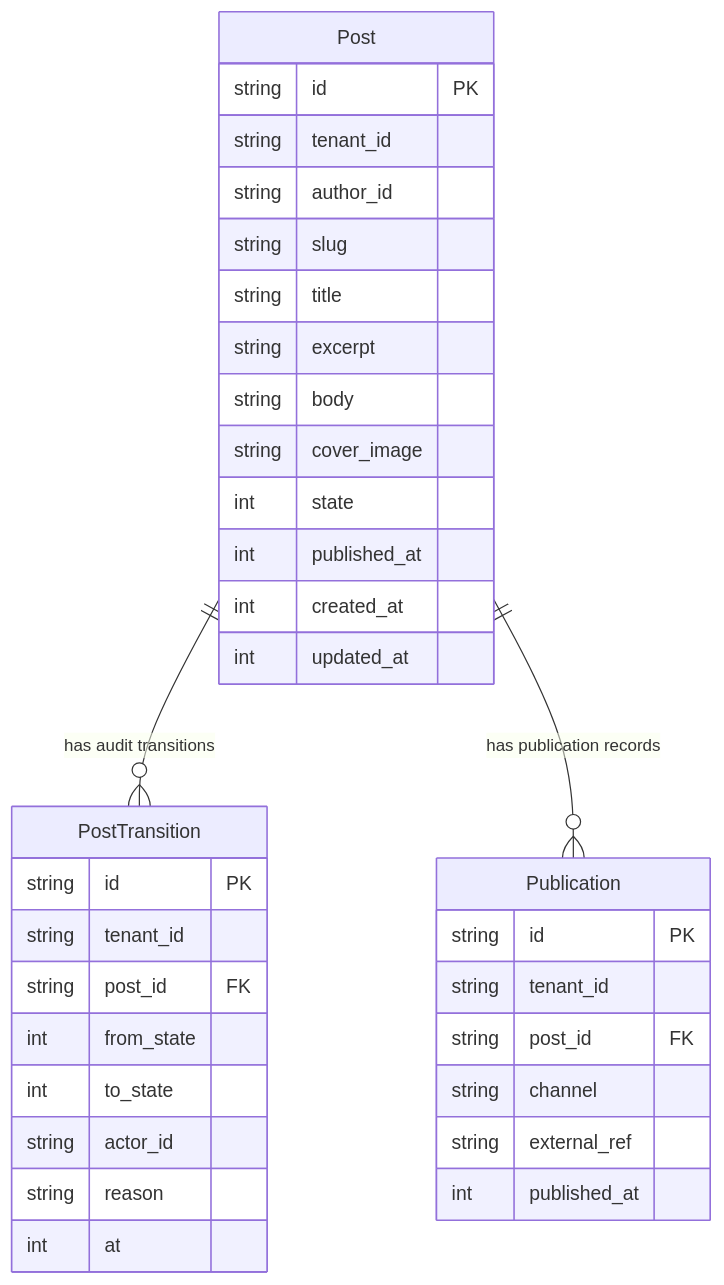
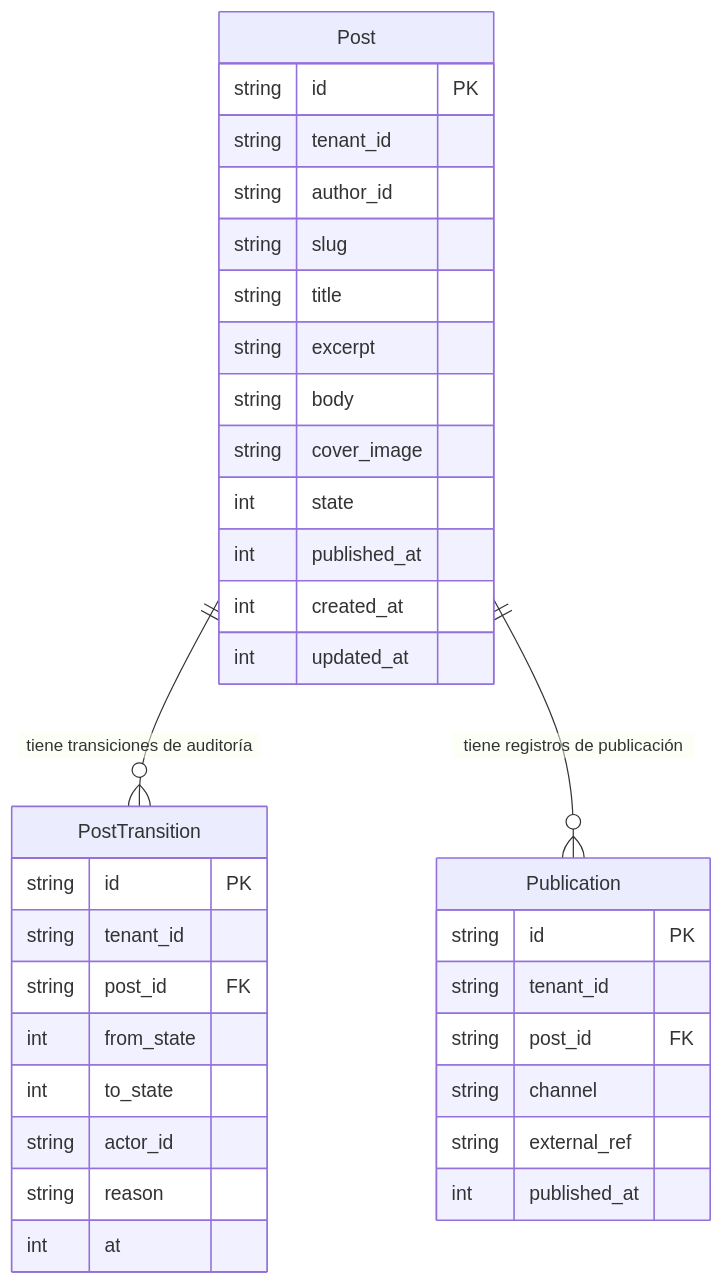
One commit to veltylabs/editorial changed the diagram in docs/diagrams/database.md. Above: the diagram before and after it, drawn with Mermaid. The commit also changed other lines of this file and 8 other files, not shown here.

````diff
--- a/docs/diagrams/database.md
+++ b/docs/diagrams/database.md
@@ -3,40 +3,40 @@
 ```mermaid
 erDiagram
-    Post ||--o{ PostTransition : "has audit transitions"
-    Post ||--o{ Publication : "has publication records"
+    Post ||--o{ PostTransition : "tiene transiciones de auditoría"
+    Post ||--o{ Publication : "tiene registros de publicación"
 
     Post {
         string id PK
         string tenant_id
         string author_id
         string slug
         string title
         string excerpt
         string body
         string cover_image
         int state
         int published_at
         int created_at
         int updated_at
     }
 
     PostTransition {
         string id PK
         string tenant_id
         string post_id FK
         int from_state
         int to_state
         string actor_id
         string reason
         int at
     }
 
     Publication {
         string id PK
         string tenant_id
         string post_id FK
         string channel
         string external_ref
         int published_at
     }
 ```
````
